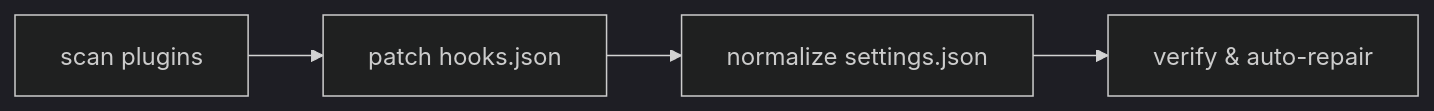
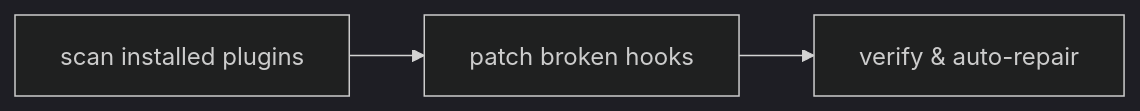
The diagram in README.md (LilMGenius/win-hooks), drawn with Mermaid (dark theme) before and after one commit. The commit also changed other lines of this file and 37 other files, not shown here.

````diff
--- a/README.md
+++ b/README.md
@@ -88,4 +78,4 @@
 ```mermaid
 flowchart LR
-    A[scan plugins] --> B[patch hooks.json] --> C[normalize settings.json] --> D["verify & auto-repair"]
+    A[scan installed plugins] --> B[patch broken hooks] --> C[verify & auto-repair]
 ```
````
